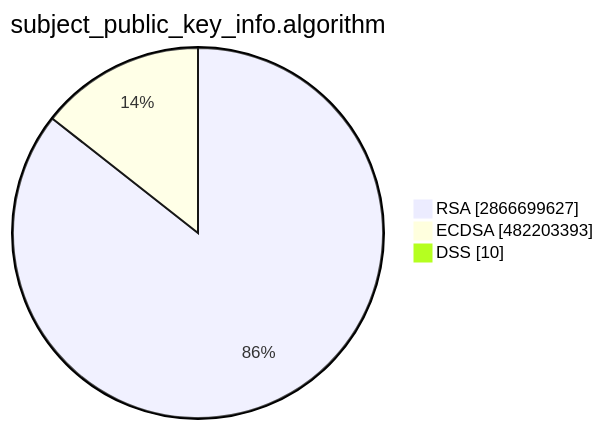
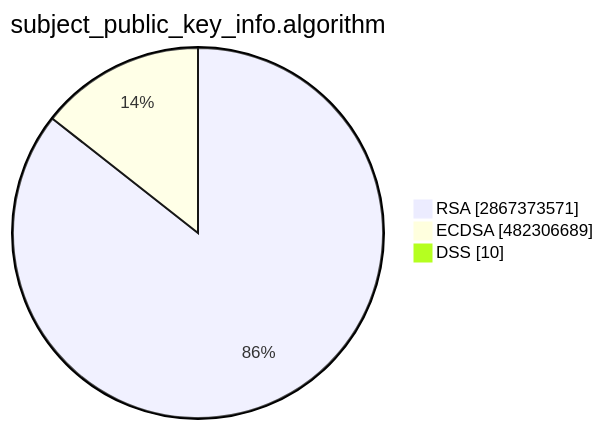
One commit to christiankrug/ctmonitor_visualization changed the second of 15 diagrams in TOTAL/README.md. Above: the diagram before and after it, drawn with Mermaid. The commit also changed other lines of this file, not shown here.

````diff
--- a/TOTAL/README.md
+++ b/TOTAL/README.md
@@ -6,7 +6,7 @@
 ```mermaid
 pie showData
 title subject_public_key_info.algorithm
-"RSA" :2866699627
-"ECDSA" :482203393
+"RSA" :2867373571
+"ECDSA" :482306689
 "DSS" :10
 ```
````
